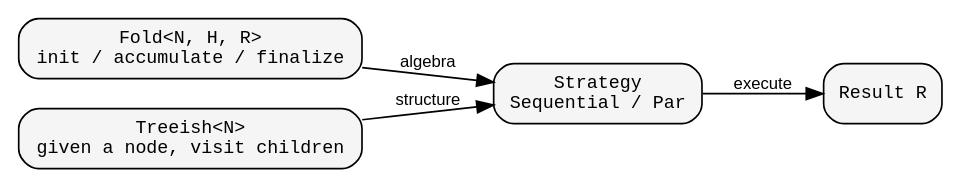
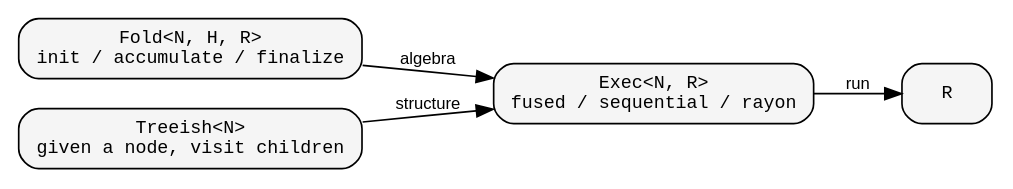
One commit to hylic-recursion/hylic-docs changed the first of 3 diagrams in book/src/design/core_composition.md. Above: the diagram before and after it, drawn with Graphviz. The commit also changed other lines of this file and 10 other files, not shown here.

First line of the commit message:
Docs overhaul: all pages reflect current architecture

````diff
--- a/book/src/design/core_composition.md
+++ b/book/src/design/core_composition.md
@@ -11,16 +11,16 @@
 ```dot process
 digraph {
     rankdir=LR;
     node [shape=box, style="rounded,filled", fillcolor="#f5f5f5", fontname="monospace", fontsize=11];
     edge [fontname="sans-serif", fontsize=10];
 
     Fold    [label="Fold<N, H, R>\ninit / accumulate / finalize"];
     Treeish [label="Treeish<N>\ngiven a node, visit children"];
-    Strategy [label="Strategy\nSequential / Par"];
-    Result  [label="Result R"];
+    Exec    [label="Exec<N, R>\nfused / sequential / rayon"];
+    Result  [label="R"];
 
-    Fold -> Strategy [label="algebra"];
-    Treeish -> Strategy [label="structure"];
-    Strategy -> Result [label="execute"];
+    Fold -> Exec [label="algebra"];
+    Treeish -> Exec [label="structure"];
+    Exec -> Result [label="run"];
 }
 ```
````
